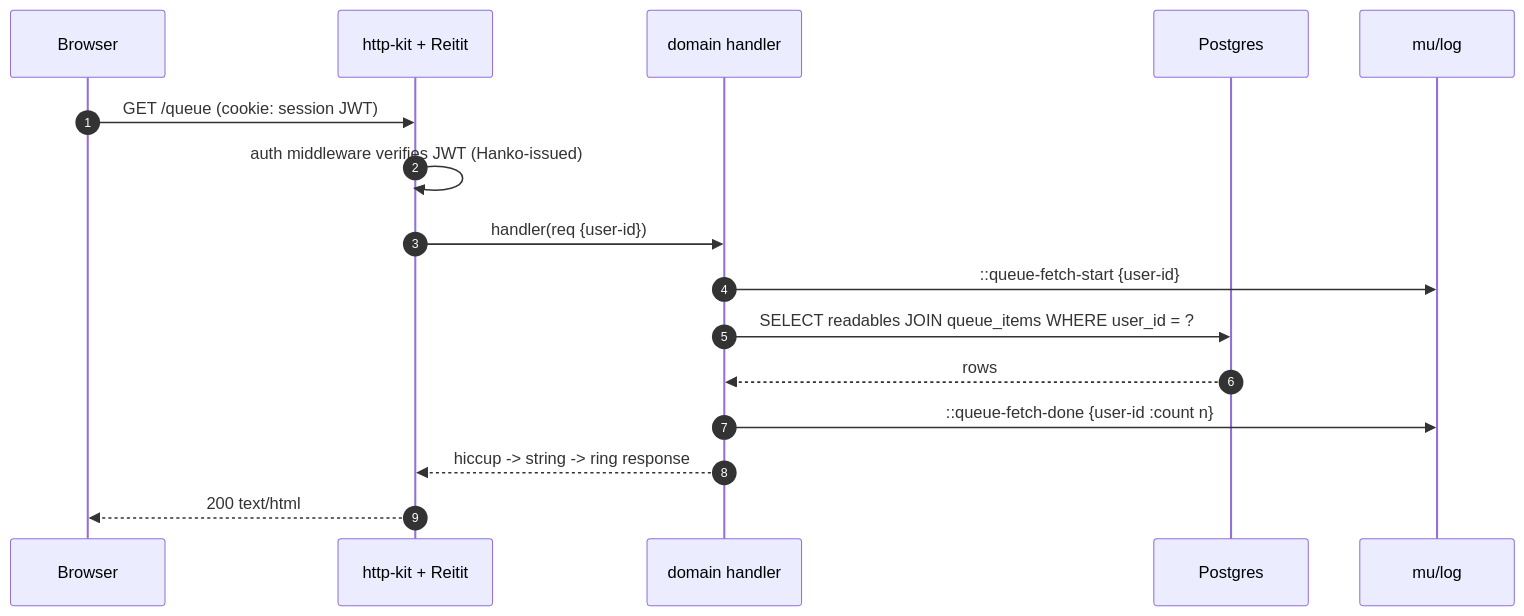
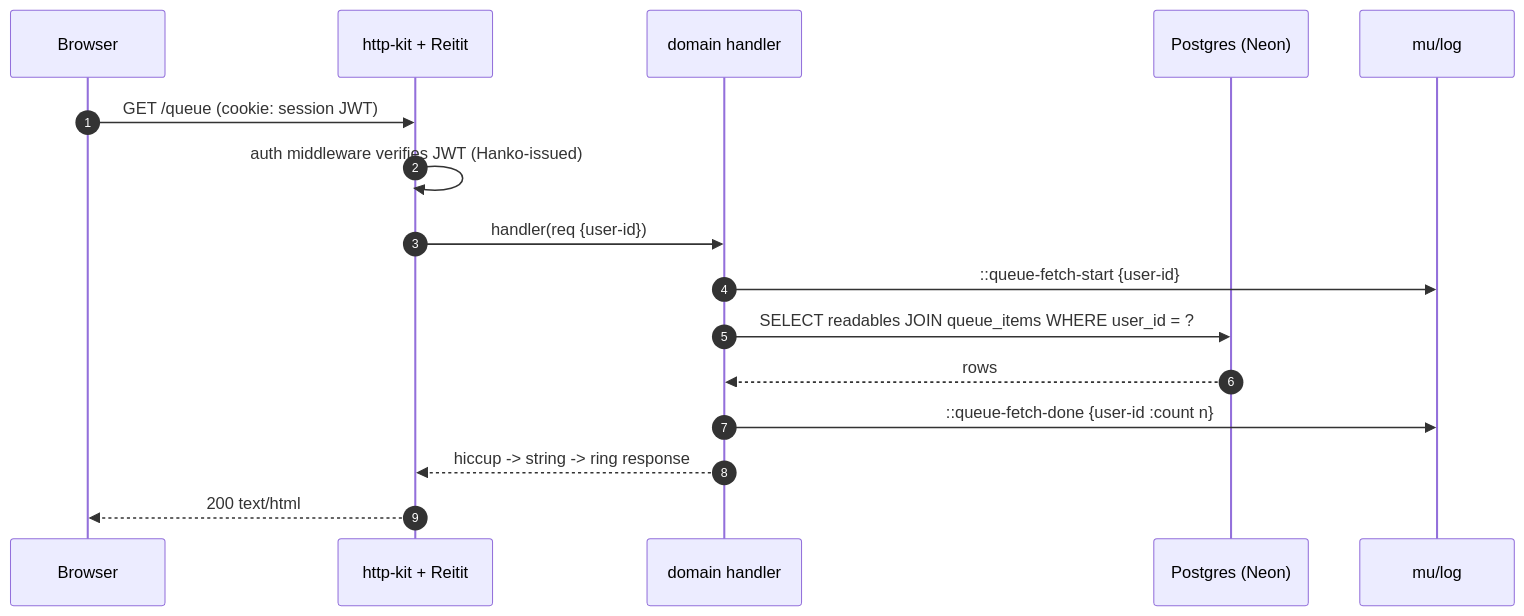
The second of 4 diagrams in docs/architecture.md (kirahowe/reader), drawn with Mermaid before and after one commit. The commit also changed other lines of this file and 46 other files, not shown here.

````diff
--- a/docs/architecture.md
+++ b/docs/architecture.md
@@ -124,19 +116,19 @@
 ```mermaid
 sequenceDiagram
   autonumber
   participant B as Browser
   participant H as http-kit + Reitit
   participant D as domain handler
-  participant DB as Postgres
+  participant DB as Postgres (Neon)
   participant L as mu/log
 
   B->>H: GET /queue (cookie: session JWT)
   H->>H: auth middleware verifies JWT (Hanko-issued)
   H->>D: handler(req {user-id})
   D->>L: ::queue-fetch-start {user-id}
   D->>DB: SELECT readables JOIN queue_items WHERE user_id = ?
   DB-->>D: rows
   D->>L: ::queue-fetch-done {user-id :count n}
   D-->>H: hiccup -> string -> ring response
   H-->>B: 200 text/html
 ```
````
